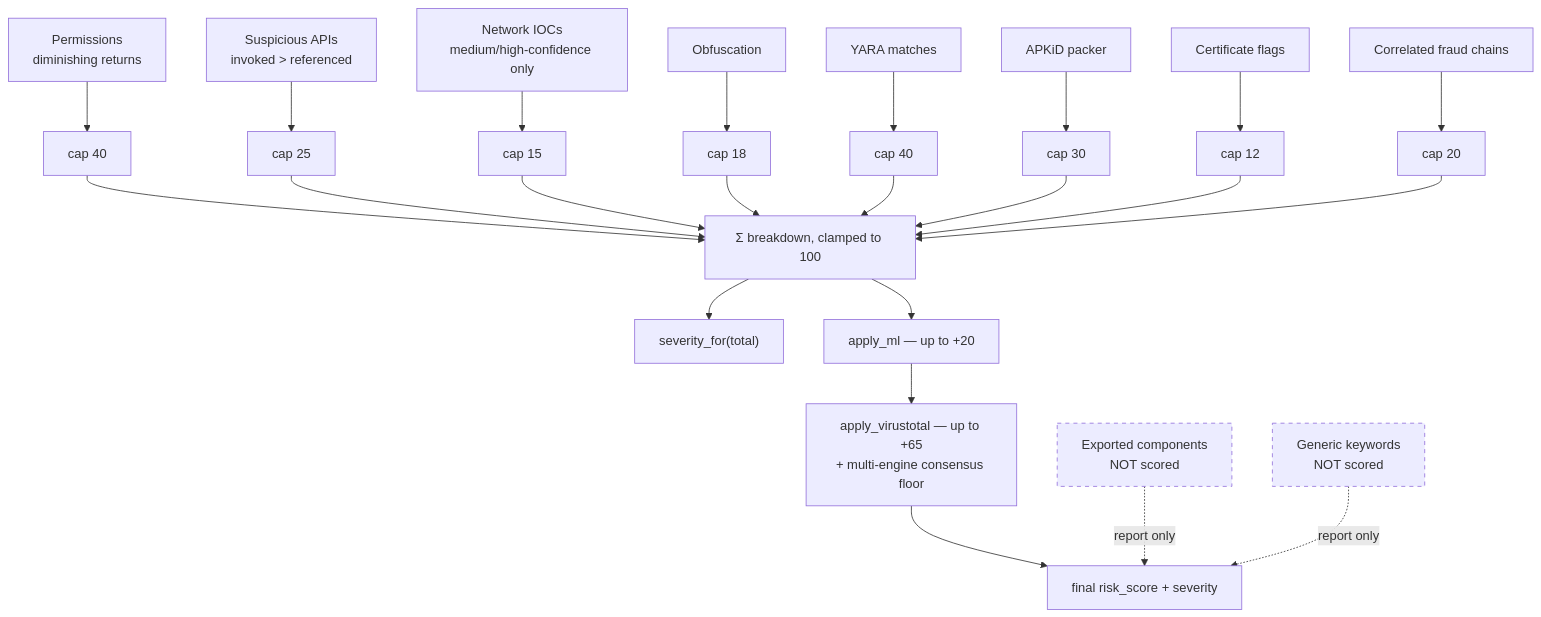
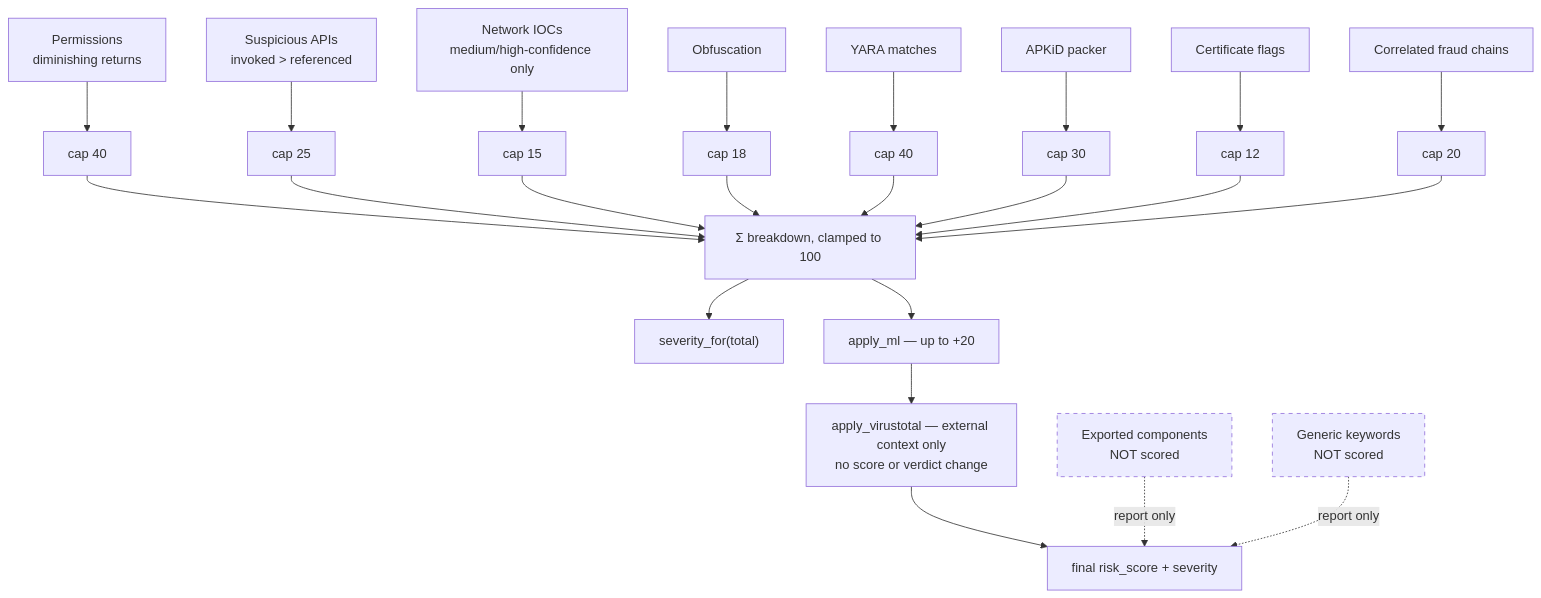
One commit to IntrosWorld/androshield changed the diagram in docs/05-risk-scoring.md. Above: the diagram before and after it, drawn with Mermaid. The commit also changed other lines of this file and 68 other files, not shown here.

````diff
--- a/docs/05-risk-scoring.md
+++ b/docs/05-risk-scoring.md
@@ -27,24 +27,24 @@
 ```mermaid
 flowchart TD
     P["Permissions<br/>diminishing returns"] --> CAP1["cap 40"]
     A["Suspicious APIs<br/>invoked > referenced"] --> CAP2["cap 25"]
     N["Network IOCs<br/>medium/high-confidence only"] --> CAP3["cap 15"]
     O["Obfuscation"] --> CAP4["cap 18"]
     Y["YARA matches"] --> CAP5["cap 40"]
     K["APKiD packer"] --> CAP6["cap 30"]
     C["Certificate flags"] --> CAP7["cap 12"]
     X["Correlated fraud chains"] --> CAP8["cap 20"]
 
     CAP1 & CAP2 & CAP3 & CAP4 & CAP5 & CAP6 & CAP7 & CAP8 --> SUM["Σ breakdown, clamped to 100"]
     SUM --> SEV["severity_for(total)"]
 
     SUM --> MLF["apply_ml — up to +20"]
-    MLF --> VTF["apply_virustotal — up to +65<br/>+ multi-engine consensus floor"]
+    MLF --> VTF["apply_virustotal — external context only<br/>no score or verdict change"]
     VTF --> FIN["final risk_score + severity"]
 
     EXC["Exported components<br/>NOT scored"] -.->|report only| FIN
     KW["Generic keywords<br/>NOT scored"] -.->|report only| FIN
 
     style EXC stroke-dasharray: 5 5
     style KW stroke-dasharray: 5 5
 ```
````
